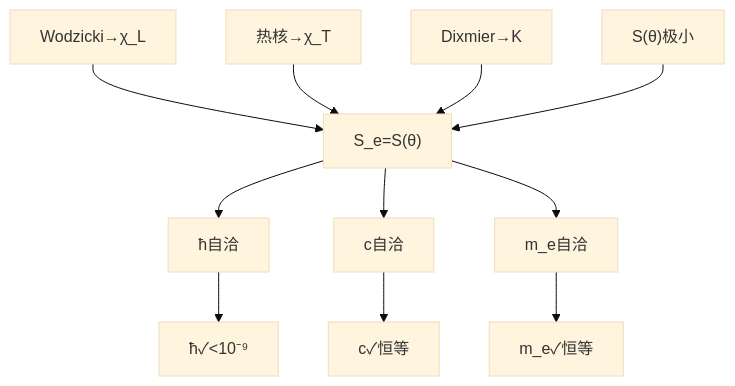
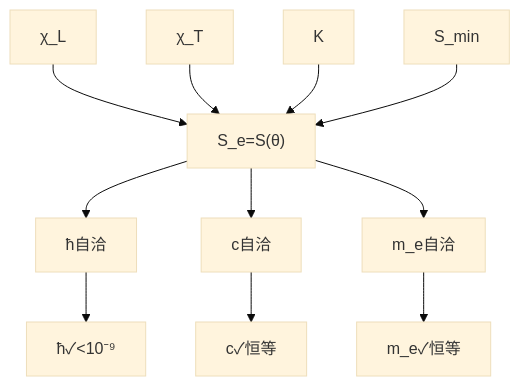
One commit to sdoygb/geometry-ai-server changed the diagram in app/articles/GT-Vault/Vol-2_量纲桥/2.5_谱互锁定理_CN_260713.1.md. Above: the diagram before and after it, drawn with Mermaid (base theme).

Commit message:
AI修改: GT-Vault/Vol-2_量纲桥/2.5_谱互锁定理_CN_260713.1.md (155行)

````diff
--- a/app/articles/GT-Vault/Vol-2_量纲桥/2.5_谱互锁定理_CN_260713.1.md
+++ b/app/articles/GT-Vault/Vol-2_量纲桥/2.5_谱互锁定理_CN_260713.1.md
@@ -101,13 +101,13 @@
 ```mermaid
 flowchart TD
-    A["Wodzicki→χ_L"] --> E["S_e=S(θ)"]
-    B["热核→χ_T"] --> E
-    C["Dixmier→K"] --> E
-    D["S(θ)极小"] --> E
+    A["χ_L"] --> E["S_e=S(θ)"]
+    B["χ_T"] --> E
+    C["K"] --> E
+    D["S_min"] --> E
     E --> F["ħ自洽"]
     E --> G["c自洽"]
     E --> H["m_e自洽"]
     F --> I["ħ✓<10⁻⁹"]
     G --> J["c✓恒等"]
     H --> K["m_e✓恒等"]
 ```
````
